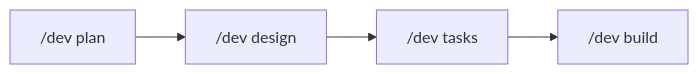
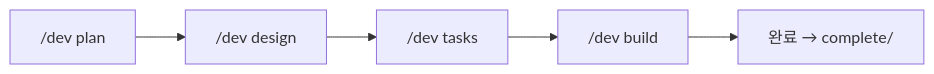
One commit to Wondermove-Inc/calab-claude-plugin changed the diagram in skills/dev-workflow/SKILL.md. Above: the diagram before and after it, drawn with Mermaid. The commit also changed other lines of this file and 28 other files, not shown here.

````diff
--- a/skills/dev-workflow/SKILL.md
+++ b/skills/dev-workflow/SKILL.md
@@ -22,6 +39,7 @@
 ```mermaid
 flowchart LR
     A["/dev plan"] --> B["/dev design"]
     B --> C["/dev tasks"]
     C --> D["/dev build"]
+    D --> E["완료 → complete/"]
 ```
````
